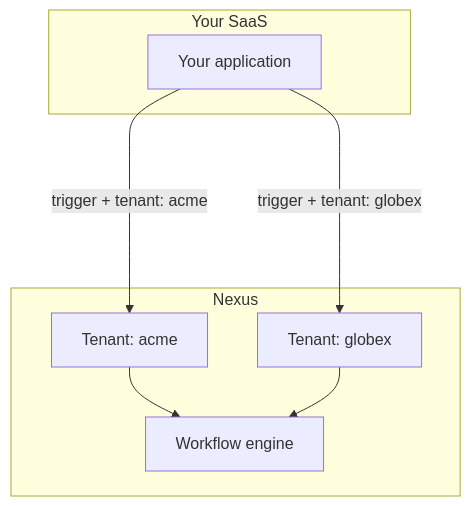
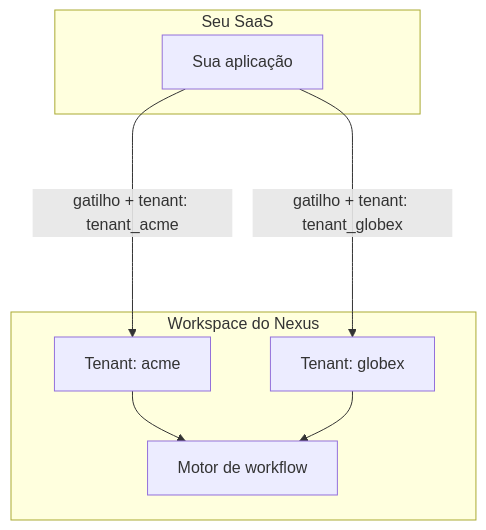
Before and after one commit to KriyanshKhunt/nexus_docs: the diagram in content/docs/pt/platform/guides/b2b-multi-tenant.mdx, drawn with Mermaid. The commit also changed other lines of this file and 31 other files, not shown here.

````diff
--- a/content/docs/pt/platform/guides/b2b-multi-tenant.mdx
+++ b/content/docs/pt/platform/guides/b2b-multi-tenant.mdx
@@ -10,15 +14,15 @@
 ```mermaid
 flowchart TB
-  subgraph Your SaaS
-    App[Your application]
+  subgraph Your SaaS [Seu SaaS]
+    App[Sua aplicação]
   end
-  subgraph Nexus
+  subgraph Nexus Workspace [Workspace do Nexus]
     T1[Tenant: acme]
     T2[Tenant: globex]
-    W[Workflow engine]
+    W[Motor de workflow]
   end
-  App ---->|trigger + tenant: acme| T1
-  App ---->|trigger + tenant: globex| T2
+  App ---->|gatilho + tenant: tenant_acme| T1
+  App ---->|gatilho + tenant: tenant_globex| T2
   T1 --> W
   T2 --> W
 ```
````
